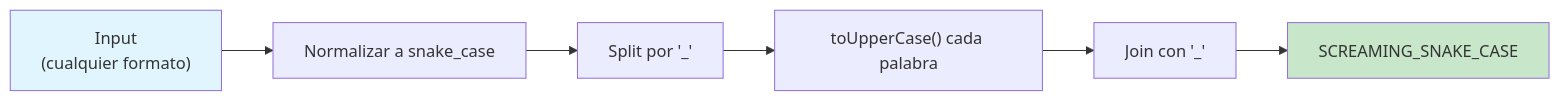
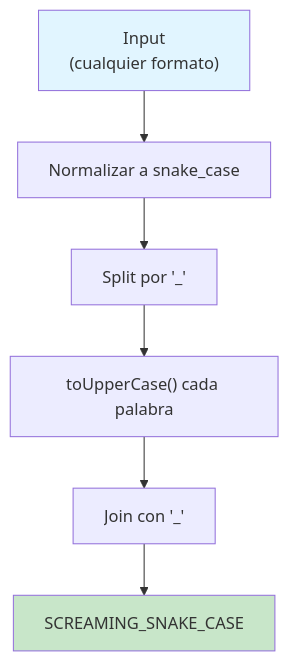
Before and after one commit to RadikeCosa/blog-astro: the diagram in src/content/posts/screaming-snake-case.md, drawn with Mermaid. The commit also changed 1 other file, not shown here.

Commit message:
fix graphic screaming

````diff
--- a/src/content/posts/screaming-snake-case.md
+++ b/src/content/posts/screaming-snake-case.md
@@ -52,11 +52,11 @@
 ```mermaid
-flowchart LR
+flowchart TD
     A["Input<br/>(cualquier formato)"] --> B["Normalizar a snake_case"]
     B --> C["Split por '_'"]
     C --> D["toUpperCase() cada palabra"]
     D --> E["Join con '_'"]
     E --> F["SCREAMING_SNAKE_CASE"]
 
     style A fill:#e1f5ff
     style F fill:#c8e6c9
 ```
````
